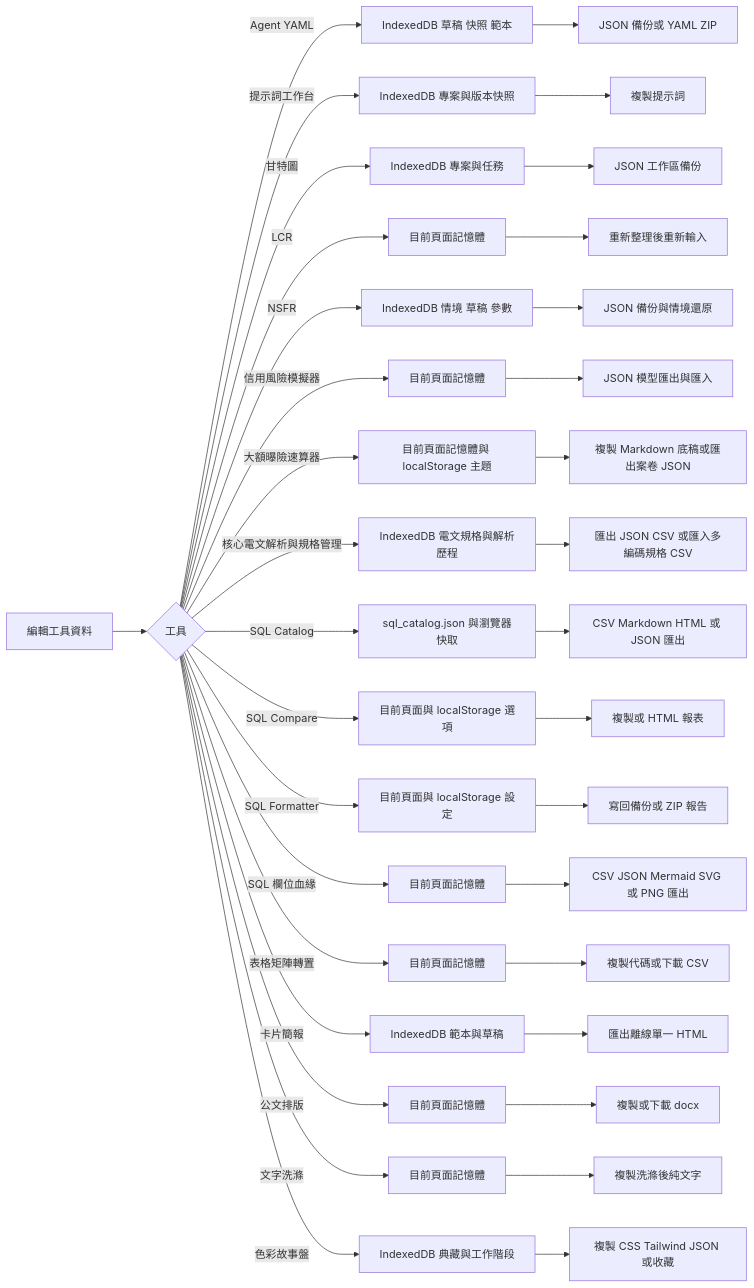
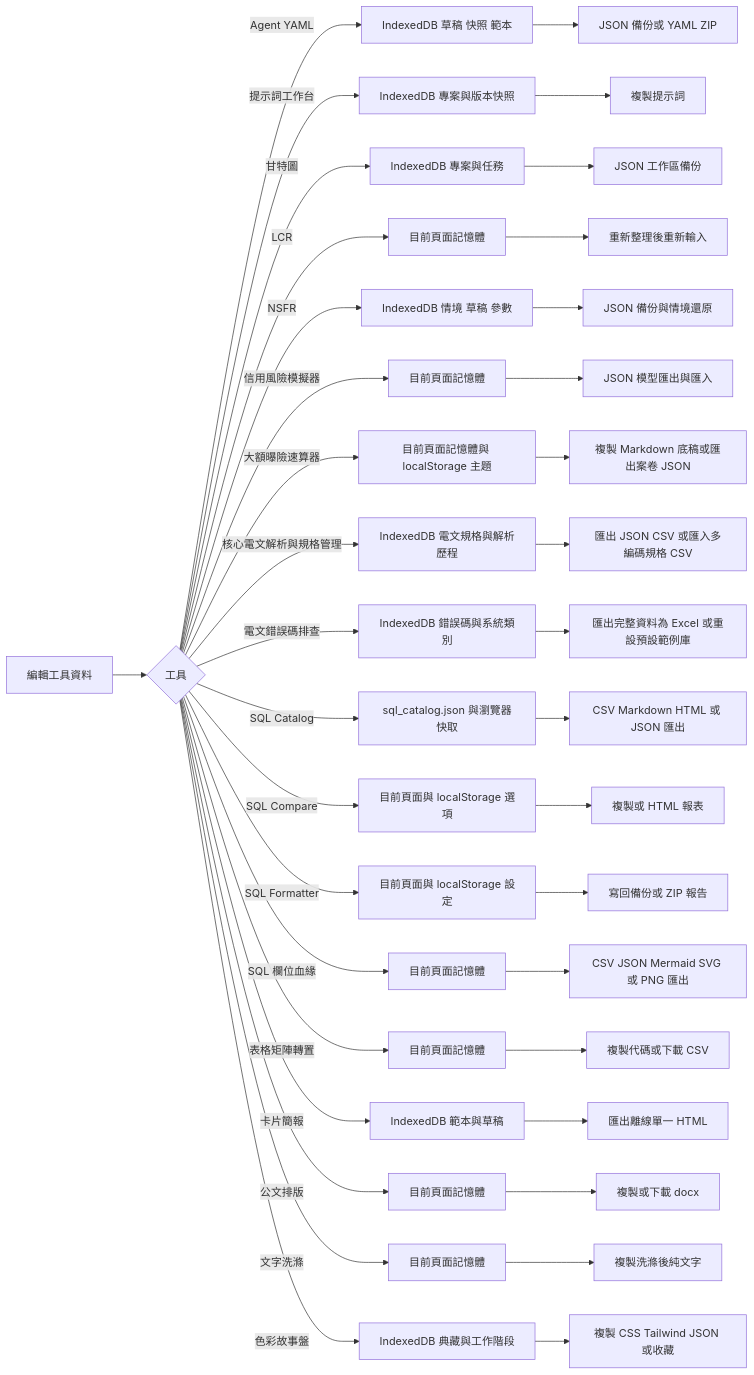
Before and after one commit to DunkLiao/my-spa-tools: diagram 20 of 20 in README.md, drawn with Mermaid. The commit also changed other lines of this file and 3 other files, not shown here.

````diff
--- a/README.md
+++ b/README.md
@@ -969,38 +1014,40 @@
 ```mermaid
 flowchart LR
     A[編輯工具資料] --> B{工具}
     B -->|Agent YAML| C[IndexedDB 草稿 快照 範本]
     B -->|提示詞工作台| AE[IndexedDB 專案與版本快照]
     B -->|甘特圖| D[IndexedDB 專案與任務]
     B -->|LCR| E[目前頁面記憶體]
     B -->|NSFR| K[IndexedDB 情境 草稿 參數]
     B -->|信用風險模擬器| U[目前頁面記憶體]
     B -->|大額曝險速算器| AK[目前頁面記憶體與 localStorage 主題]
     B -->|核心電文解析與規格管理| AT[IndexedDB 電文規格與解析歷程]
+    B -->|電文錯誤碼排查| AZ[IndexedDB 錯誤碼與系統類別]
     B -->|SQL Catalog| I[sql_catalog.json 與瀏覽器快取]
     B -->|SQL Compare| M[目前頁面與 localStorage 選項]
     B -->|SQL Formatter| N[目前頁面與 localStorage 設定]
     B -->|SQL 欄位血緣| R[目前頁面記憶體]
     B -->|表格矩陣轉置| AG[目前頁面記憶體]
     B -->|卡片簡報| W[IndexedDB 範本與草稿]
     B -->|公文排版| Y[目前頁面記憶體]
     B -->|文字洗滌| AC[目前頁面記憶體]
     B -->|色彩故事盤| AA[IndexedDB 典藏與工作階段]
     C --> F[JSON 備份或 YAML ZIP]
     D --> G[JSON 工作區備份]
     E --> H[重新整理後重新輸入]
     K --> L[JSON 備份與情境還原]
     U --> V[JSON 模型匯出與匯入]
     AK --> AN[複製 Markdown 底稿或匯出案卷 JSON]
     AT --> AY[匯出 JSON CSV 或匯入多編碼規格 CSV]
+    AZ --> BA[匯出完整資料為 Excel 或重設預設範例庫]
     I --> J[CSV Markdown HTML 或 JSON 匯出]
     M --> O[複製或 HTML 報表]
     N --> P[寫回備份或 ZIP 報告]
     R --> S[CSV JSON Mermaid SVG 或 PNG 匯出]
     AG --> AH[複製代碼或下載 CSV]
     W --> X[匯出離線單一 HTML]
     Y --> Z[複製或下載 docx]
     AC --> AD[複製洗滌後純文字]
     AA --> AB[複製 CSS Tailwind JSON 或收藏]
     AE --> AF[複製提示詞]
 ```
````
